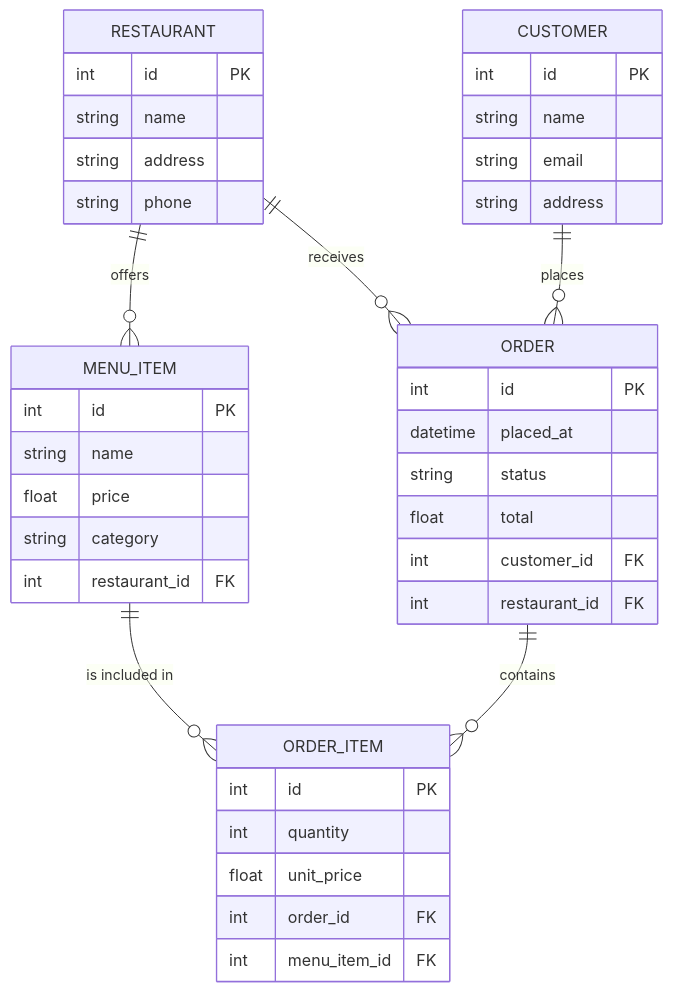
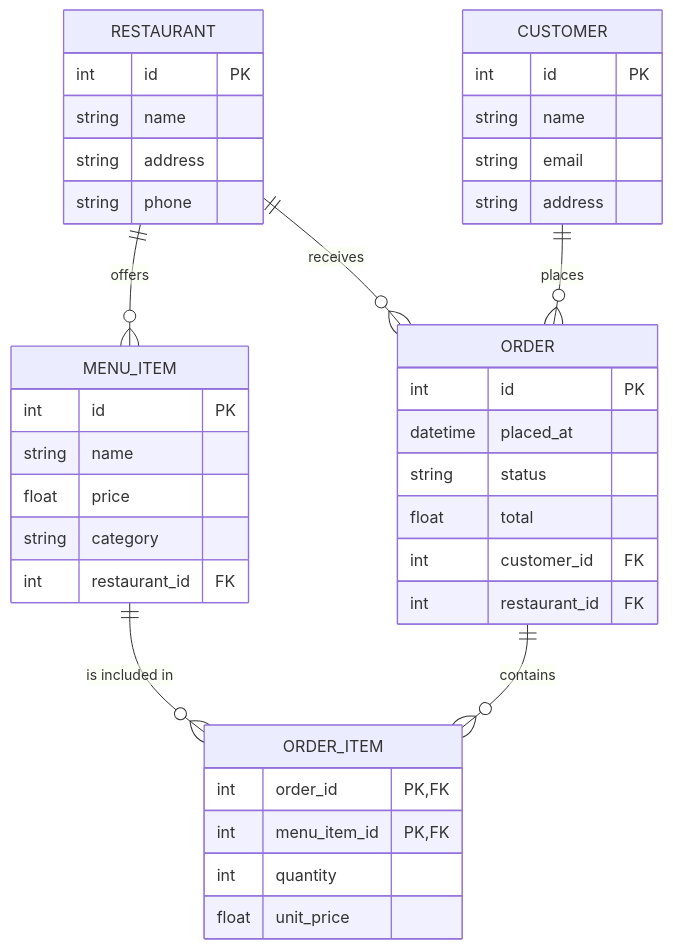
Before and after one commit to Domiciano/Compunet2-252: the diagram in content/ejercicio1.md, drawn with Mermaid.

````diff
--- a/content/ejercicio1.md
+++ b/content/ejercicio1.md
@@ -1,47 +1,46 @@
 ```mermaid
 erDiagram
     RESTAURANT {
         int id PK
         string name
         string address
         string phone
     }
 
     MENU_ITEM {
         int id PK
         string name
         float price
         string category
         int restaurant_id FK
     }
 
     CUSTOMER {
         int id PK
         string name
         string email
         string address
     }
 
     ORDER {
         int id PK
         datetime placed_at
         string status
         float total
         int customer_id FK
         int restaurant_id FK
     }
 
     ORDER_ITEM {
-        int id PK
+        int order_id PK, FK
+        int menu_item_id PK, FK
         int quantity
         float unit_price
-        int order_id FK
-        int menu_item_id FK
     }
 
     RESTAURANT ||--o{ MENU_ITEM : "offers"
     RESTAURANT ||--o{ ORDER : "receives"
     CUSTOMER ||--o{ ORDER : "places"
     ORDER ||--o{ ORDER_ITEM : "contains"
     MENU_ITEM ||--o{ ORDER_ITEM : "is included in"
 ```
````
